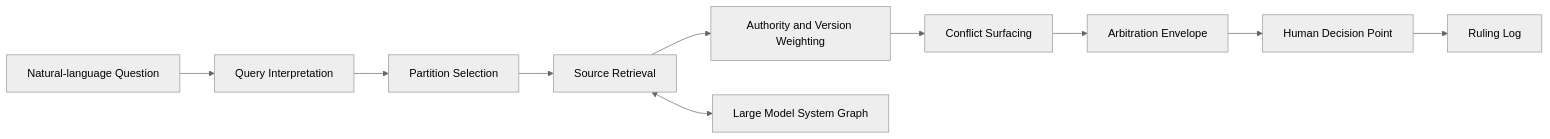
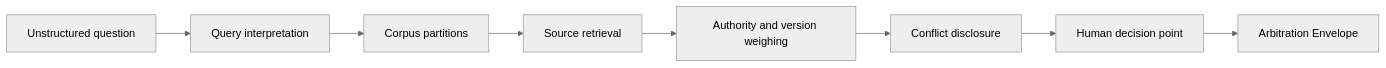
Before and after one commit to robert-kurcina/vault-age: the diagram in 40_LMS_Graph_Corpus_Arbitration/WP_04_LMS_Graph_and_CAL.md, drawn with Mermaid (neutral theme). The commit also changed other lines of this file and 21 other files, not shown here.

````diff
--- a/40_LMS_Graph_Corpus_Arbitration/WP_04_LMS_Graph_and_CAL.md
+++ b/40_LMS_Graph_Corpus_Arbitration/WP_04_LMS_Graph_and_CAL.md
@@ -19,12 +35,10 @@
 ```mermaid
 flowchart LR
-    Q[Natural-language Question] --> I[Query Interpretation]
-    I --> P[Partition Selection]
-    P --> R[Source Retrieval]
-    R --> W[Authority and Version Weighting]
-    W --> C[Conflict Surfacing]
-    C --> E[Arbitration Envelope]
-    E --> H[Human Decision Point]
-    H --> L[Ruling Log]
-    R <--> G[Large Model System Graph]
+    Query[Unstructured question] --> Interpret[Query interpretation]
+    Interpret --> Partitions[Corpus partitions]
+    Partitions --> Sources[Source retrieval]
+    Sources --> Weigh[Authority and version weighing]
+    Weigh --> Conflicts[Conflict disclosure]
+    Conflicts --> Human[Human decision point]
+    Human --> Envelope[Arbitration Envelope]
 ```
````
